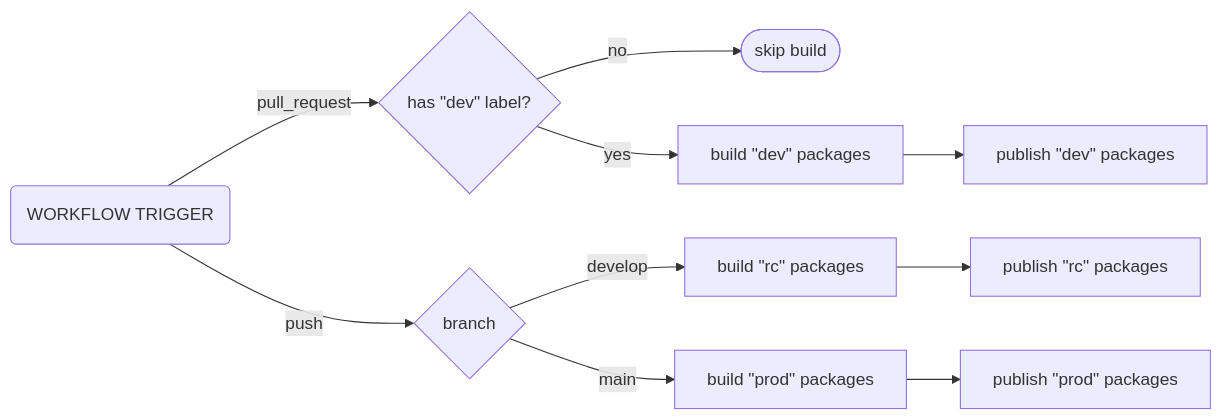
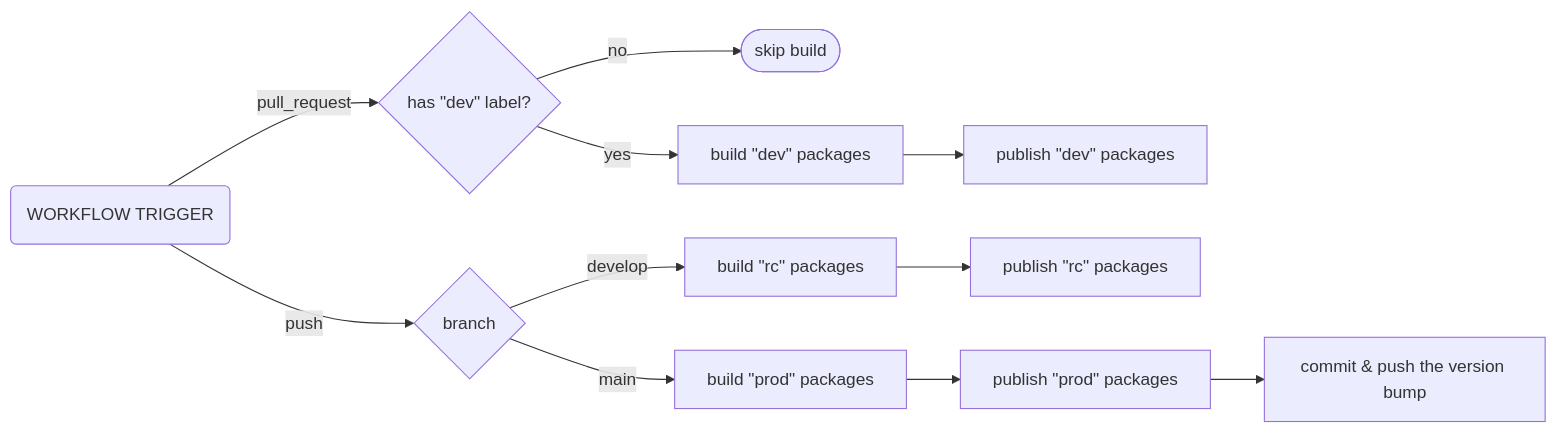
Before and after one commit to lifaon74/fabrique: the diagram in CONTRIBUTING.md, drawn with Mermaid. The commit also changed other lines of this file and 1 other file, not shown here.

Commit message:
docs: document the changesets changelog and release flow

````diff
--- a/CONTRIBUTING.md
+++ b/CONTRIBUTING.md
@@ -94,26 +97,28 @@
 ```mermaid
 flowchart LR
   EVENT("WORKFLOW TRIGGER")
   HAS_DEV_TAG{"has &quot;dev&quot; label?"}
   SKIP_BUILD(["skip build"])
   BUILD_DEV_PACKAGES["build &quot;dev&quot; packages"]
   PUBLISH_DEV_PACKAGES["publish &quot;dev&quot; packages"]
   BUILD_RC_PACKAGES["build &quot;rc&quot; packages"]
   PUBLISH_RC_PACKAGES["publish &quot;rc&quot; packages"]
   BUILD_PROD_PACKAGES["build &quot;prod&quot; packages"]
   PUBLISH_PROD_PACKAGES["publish &quot;prod&quot; packages"]
+  COMMIT_VERSION_BUMP["commit &amp; push the version bump"]
   TARGET_BRANCH{"branch"}
 
   EVENT -- "pull_request" --> HAS_DEV_TAG
   HAS_DEV_TAG -- "no" --> SKIP_BUILD
   HAS_DEV_TAG -- "yes" --> BUILD_DEV_PACKAGES
   BUILD_DEV_PACKAGES --> PUBLISH_DEV_PACKAGES
 
   EVENT -- "push" --> TARGET_BRANCH
 
   TARGET_BRANCH -- "develop" --> BUILD_RC_PACKAGES
   BUILD_RC_PACKAGES --> PUBLISH_RC_PACKAGES
 
   TARGET_BRANCH -- "main" --> BUILD_PROD_PACKAGES
   BUILD_PROD_PACKAGES --> PUBLISH_PROD_PACKAGES
+  PUBLISH_PROD_PACKAGES --> COMMIT_VERSION_BUMP
 ```
````
